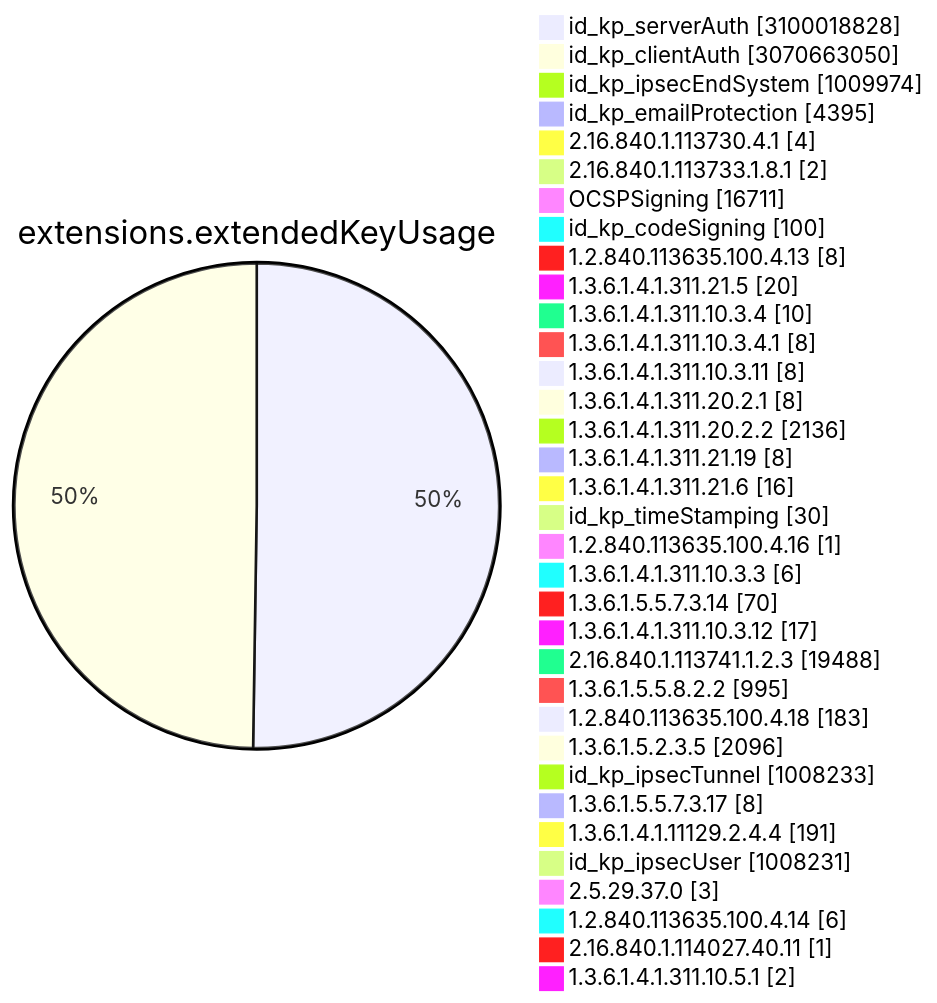
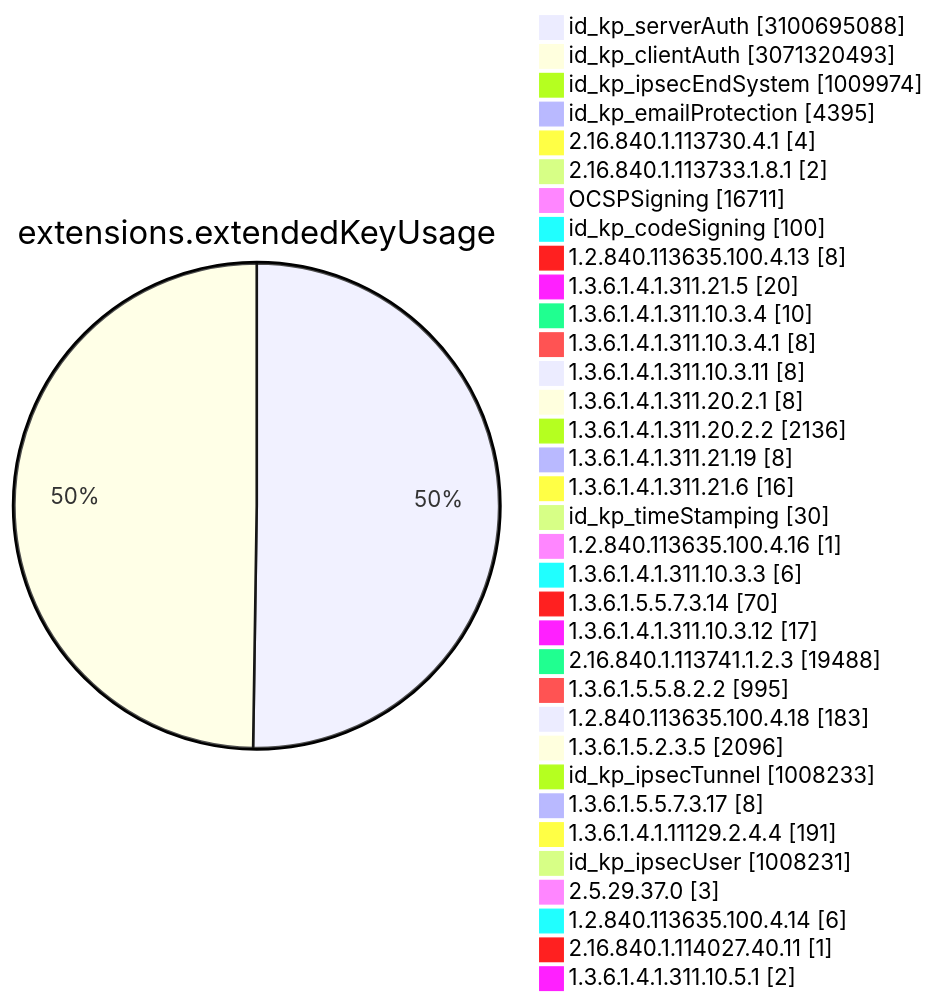
One commit to christiankrug/ctmonitor_visualization changed diagram 11 of 15 in TOTAL/README.md. Above: the diagram before and after it, drawn with Mermaid. The commit also changed other lines of this file, not shown here.

````diff
--- a/TOTAL/README.md
+++ b/TOTAL/README.md
@@ -4119,38 +4119,38 @@
 ```mermaid
 pie showData
 title extensions.extendedKeyUsage
-"id_kp_serverAuth" :3100018828
-"id_kp_clientAuth" :3070663050
+"id_kp_serverAuth" :3100695088
+"id_kp_clientAuth" :3071320493
 "id_kp_ipsecEndSystem" :1009974
 "id_kp_emailProtection" :4395
 "2.16.840.1.113730.4.1" :4
 "2.16.840.1.113733.1.8.1" :2
 "OCSPSigning" :16711
 "id_kp_codeSigning" :100
 "1.2.840.113635.100.4.13" :8
 "1.3.6.1.4.1.311.21.5" :20
 "1.3.6.1.4.1.311.10.3.4" :10
 "1.3.6.1.4.1.311.10.3.4.1" :8
 "1.3.6.1.4.1.311.10.3.11" :8
 "1.3.6.1.4.1.311.20.2.1" :8
 "1.3.6.1.4.1.311.20.2.2" :2136
 "1.3.6.1.4.1.311.21.19" :8
 "1.3.6.1.4.1.311.21.6" :16
 "id_kp_timeStamping" :30
 "1.2.840.113635.100.4.16" :1
 "1.3.6.1.4.1.311.10.3.3" :6
 "1.3.6.1.5.5.7.3.14" :70
 "1.3.6.1.4.1.311.10.3.12" :17
 "2.16.840.1.113741.1.2.3" :19488
 "1.3.6.1.5.5.8.2.2" :995
 "1.2.840.113635.100.4.18" :183
 "1.3.6.1.5.2.3.5" :2096
 "id_kp_ipsecTunnel" :1008233
 "1.3.6.1.5.5.7.3.17" :8
 "1.3.6.1.4.1.11129.2.4.4" :191
 "id_kp_ipsecUser" :1008231
 "2.5.29.37.0" :3
 "1.2.840.113635.100.4.14" :6
 "2.16.840.1.114027.40.11" :1
 "1.3.6.1.4.1.311.10.5.1" :2
 ```
````
